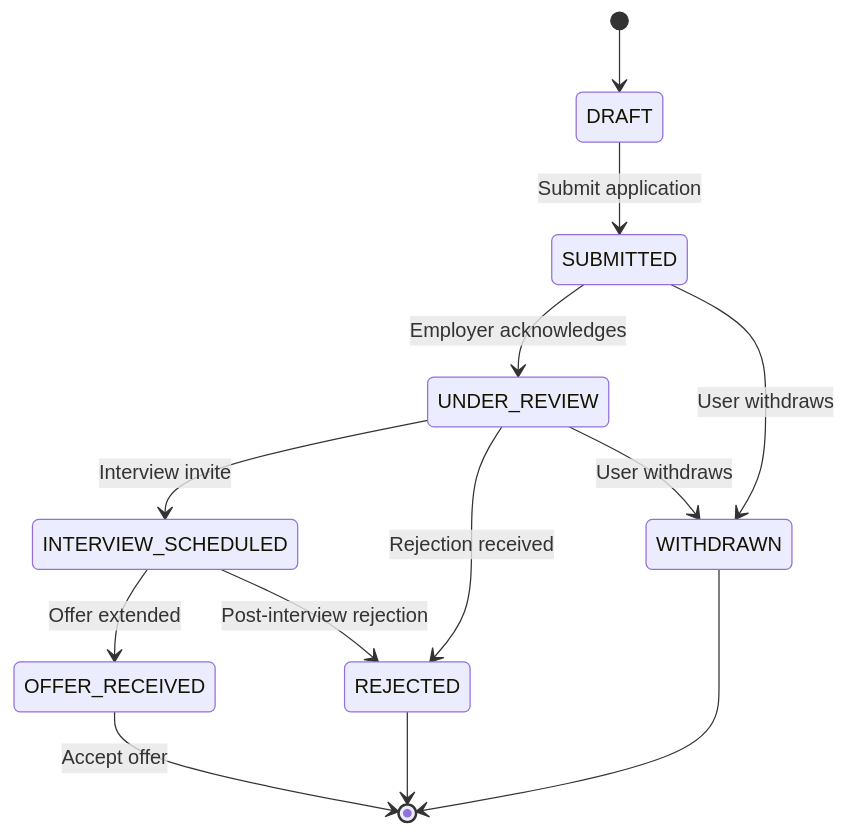
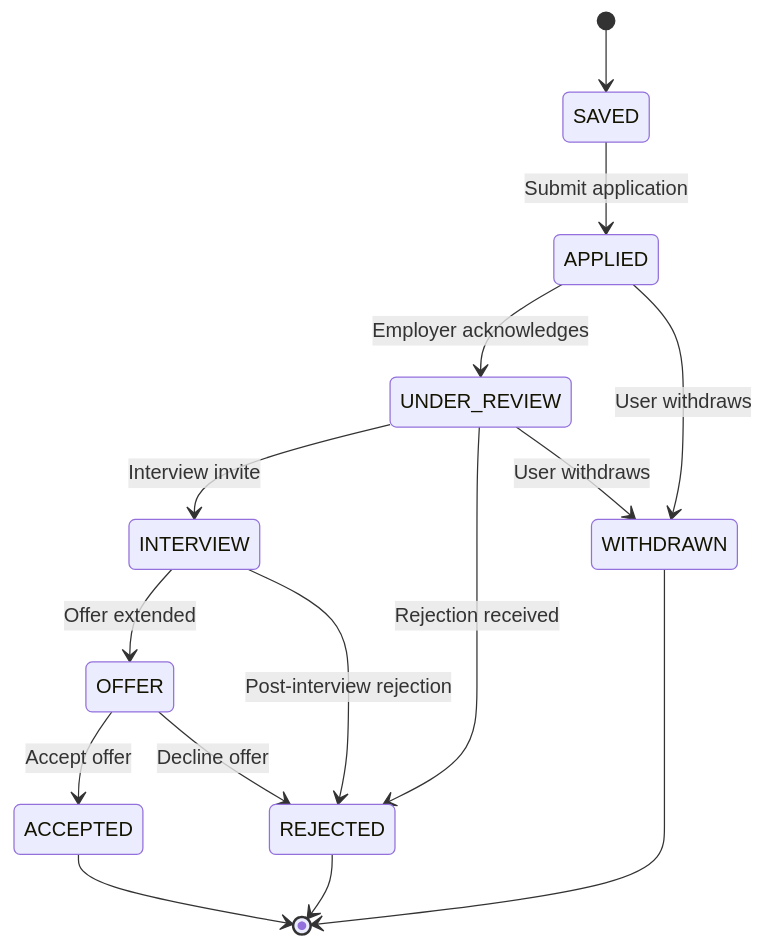
Before and after one commit to MsSaidat25/AI-Job-Agent: the second of 5 diagrams in docs/PRD.md, drawn with Mermaid. The commit also changed other lines of this file and 26 other files, not shown here.

First line of the commit message:
Harden backend, redesign product vision, add Career Dreamer-inspired roadmap (#11)

````diff
--- a/docs/PRD.md
+++ b/docs/PRD.md
@@ -904,15 +986,17 @@
 ```mermaid
 stateDiagram-v2
-    [*] --> DRAFT
-    DRAFT --> SUBMITTED : Submit application
-    SUBMITTED --> UNDER_REVIEW : Employer acknowledges
-    UNDER_REVIEW --> INTERVIEW_SCHEDULED : Interview invite
+    [*] --> SAVED
+    SAVED --> APPLIED : Submit application
+    APPLIED --> UNDER_REVIEW : Employer acknowledges
+    UNDER_REVIEW --> INTERVIEW : Interview invite
     UNDER_REVIEW --> REJECTED : Rejection received
-    INTERVIEW_SCHEDULED --> OFFER_RECEIVED : Offer extended
-    INTERVIEW_SCHEDULED --> REJECTED : Post-interview rejection
-    OFFER_RECEIVED --> [*] : Accept offer
-    SUBMITTED --> WITHDRAWN : User withdraws
+    INTERVIEW --> OFFER : Offer extended
+    INTERVIEW --> REJECTED : Post-interview rejection
+    OFFER --> ACCEPTED : Accept offer
+    OFFER --> REJECTED : Decline offer
+    APPLIED --> WITHDRAWN : User withdraws
     UNDER_REVIEW --> WITHDRAWN : User withdraws
+    ACCEPTED --> [*]
     REJECTED --> [*]
     WITHDRAWN --> [*]
 ```
````
